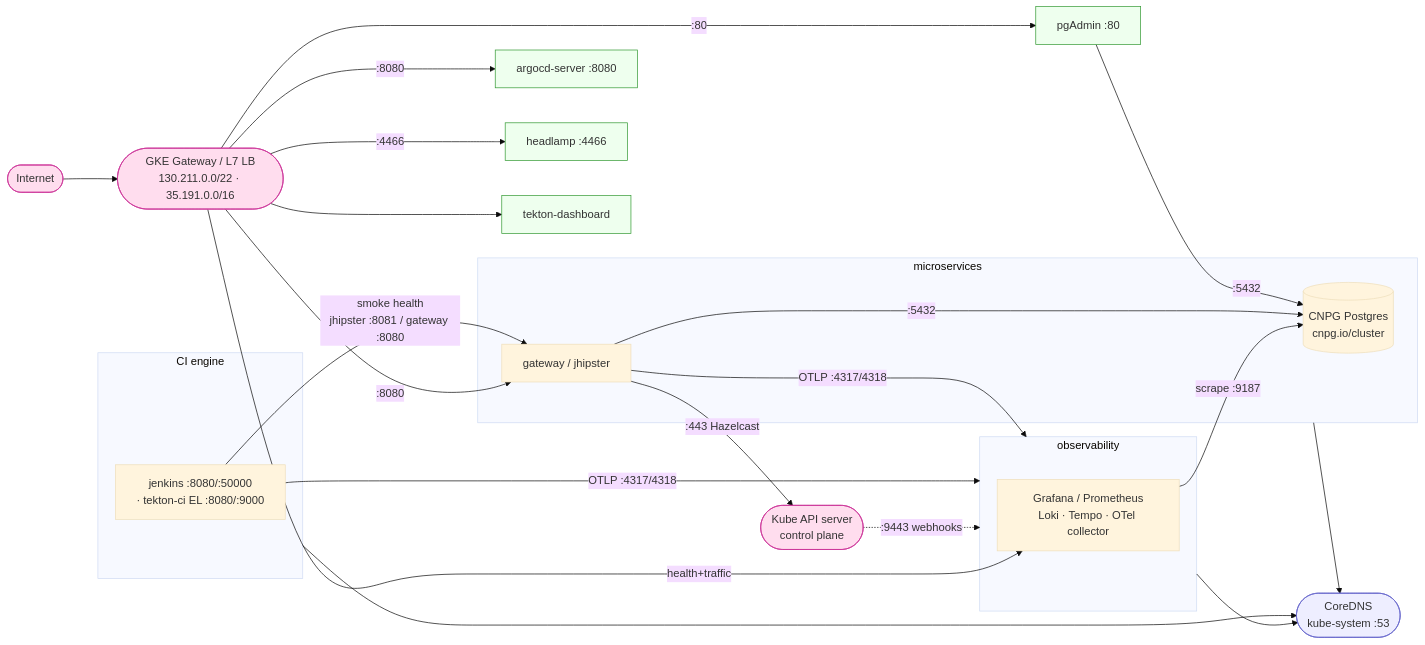
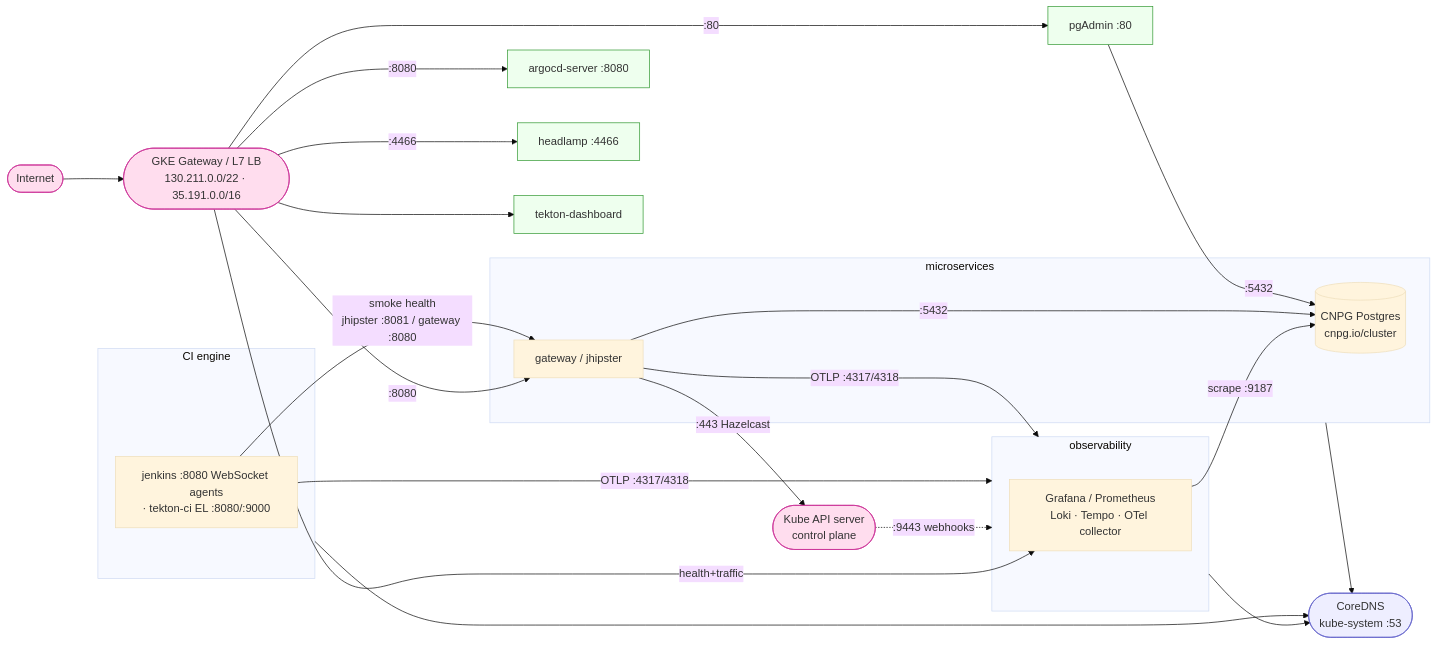
The first of 2 diagrams in docs/501-PLATFORM_OPERATIONS.md (nubenetes/jenkins-2026), drawn with Mermaid (base theme) before and after one commit. The commit also changed other lines of this file and 3 other files, not shown here.

First line of the commit message:
docs: align 401/501/902 + jenkins netpol with WebSocket build agents

````diff
--- a/docs/501-PLATFORM_OPERATIONS.md
+++ b/docs/501-PLATFORM_OPERATIONS.md
@@ -186,48 +186,48 @@
 ```mermaid
 flowchart LR
   net([Internet]):::ext
   lb([GKE Gateway / L7 LB<br/>130.211.0.0/22 · 35.191.0.0/16]):::ext
   api([Kube API server<br/>control plane]):::ext
   dns([CoreDNS<br/>kube-system :53]):::infra
 
   net --> lb
 
   subgraph obs[observability]
     graf[Grafana / Prometheus<br/>Loki · Tempo · OTel collector]
   end
   subgraph ms[microservices]
     gw[gateway / jhipster]
     pg[(CNPG Postgres<br/>cnpg.io/cluster)]
   end
   subgraph ci[CI engine]
-    cieng[jenkins :8080/:50000<br/>· tekton-ci EL :8080/:9000]
+    cieng[jenkins :8080 WebSocket agents<br/>· tekton-ci EL :8080/:9000]
   end
   argocd[argocd-server :8080]:::ui
   headlamp[headlamp :4466]:::ui
   pgadmin[pgAdmin :80]:::ui
   tkdash[tekton-dashboard]:::ui
 
   lb -->|:8080| gw
   lb -->|health+traffic| graf
   lb -->|:8080| argocd
   lb -->|:4466| headlamp
   lb -->|:80| pgadmin
   lb --> tkdash
 
   api -.->|:9443 webhooks| obs
   cieng -->|OTLP :4317/4318| obs
   cieng -->|smoke health<br/>jhipster :8081 / gateway :8080| gw
   gw -->|OTLP :4317/4318| obs
   graf -->|scrape :9187| pg
   gw -->|:5432| pg
   gw -->|:443 Hazelcast| api
   pgadmin -->|:5432| pg
 
   obs --> dns
   ms --> dns
   ci --> dns
 
   classDef ext fill:#fde,stroke:#c39;
   classDef infra fill:#eef,stroke:#66c;
   classDef ui fill:#efe,stroke:#393;
 ```
````
